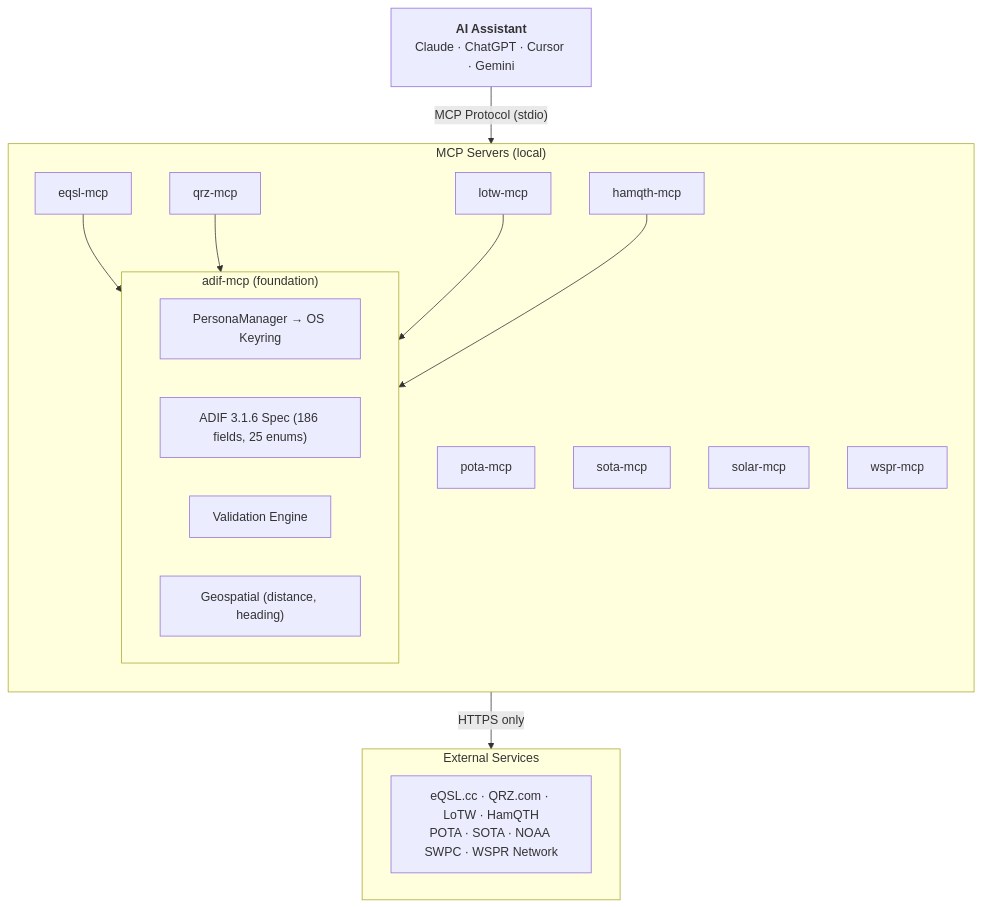
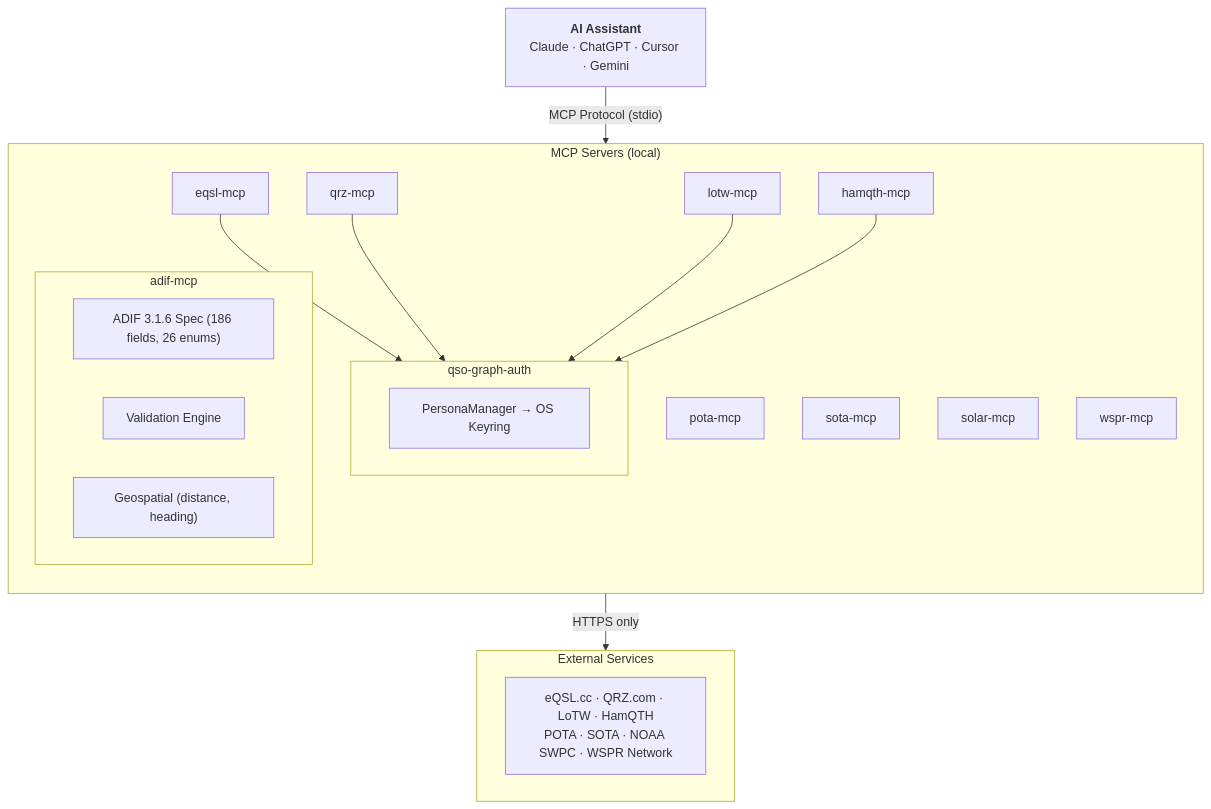
One commit to qso-graph/qso-graph.github.io changed the diagram in docs/architecture.md. Above: the diagram before and after it, drawn with Mermaid. The commit also changed other lines of this file and 19 other files, not shown here.

First line of the commit message:
docs: update site for qso-graph-auth split and correct tool counts

````diff
--- a/docs/architecture.md
+++ b/docs/architecture.md
@@ -9,32 +9,35 @@
 ```mermaid
 graph TD
     AI["<b>AI Assistant</b><br/>Claude · ChatGPT · Cursor · Gemini"]
     AI -->|"MCP Protocol (stdio)"| Servers
 
     subgraph Servers["MCP Servers (local)"]
         direction TB
         eqsl["eqsl-mcp"]
         qrz["qrz-mcp"]
         lotw["lotw-mcp"]
         hamqth["hamqth-mcp"]
         pota["pota-mcp"]
         sota["sota-mcp"]
         solar["solar-mcp"]
         wspr["wspr-mcp"]
 
-        subgraph Foundation["adif-mcp (foundation)"]
+        subgraph Auth["qso-graph-auth"]
             persona["PersonaManager → OS Keyring"]
-            spec["ADIF 3.1.6 Spec (186 fields, 25 enums)"]
+        end
+
+        subgraph ADIF["adif-mcp"]
+            spec["ADIF 3.1.6 Spec (186 fields, 26 enums)"]
             valid["Validation Engine"]
             geo["Geospatial (distance, heading)"]
         end
 
-        eqsl & qrz & lotw & hamqth --> Foundation
+        eqsl & qrz & lotw & hamqth --> Auth
     end
 
     Servers -->|"HTTPS only"| Services
 
     subgraph Services["External Services"]
         svc["eQSL.cc · QRZ.com · LoTW · HamQTH<br/>POTA · SOTA · NOAA SWPC · WSPR Network"]
     end
 ```
````
